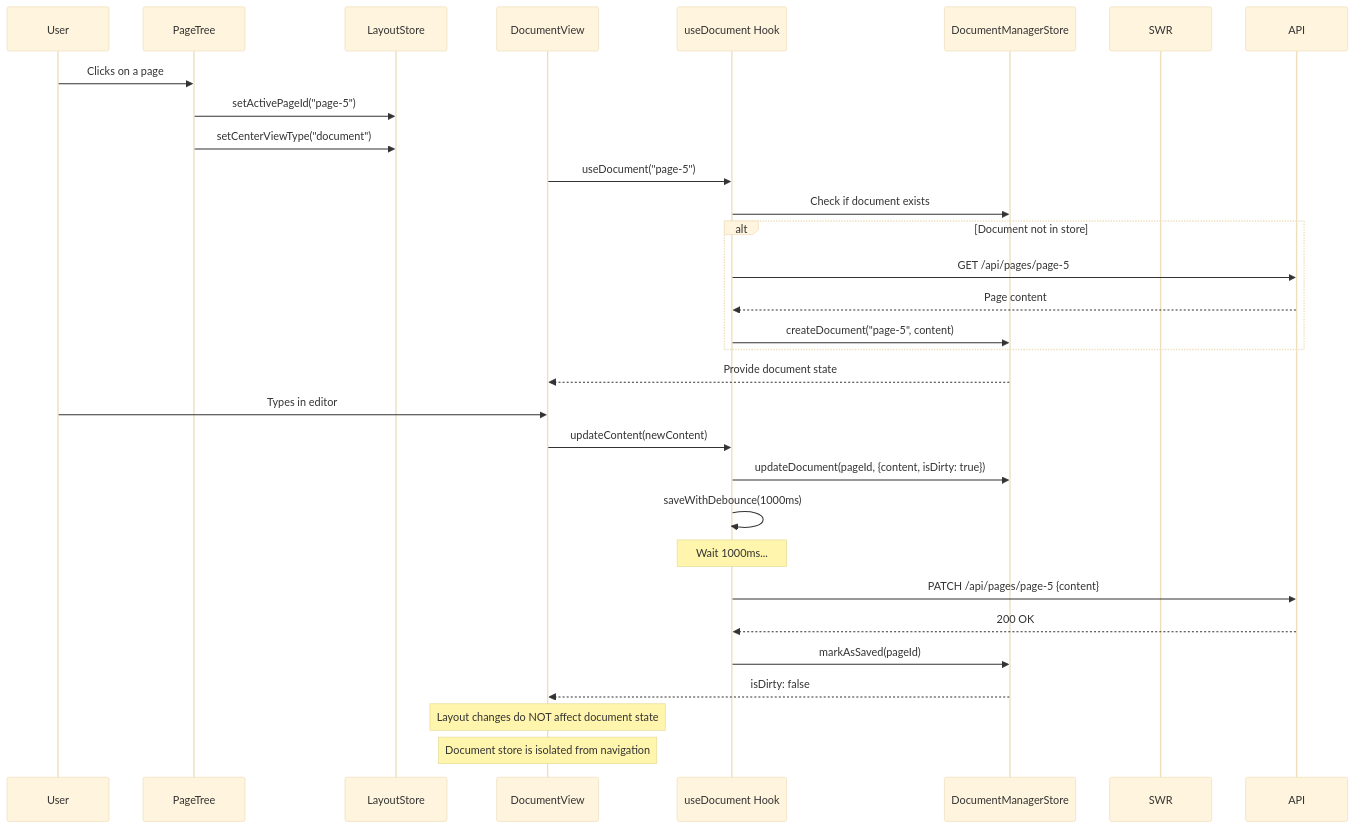
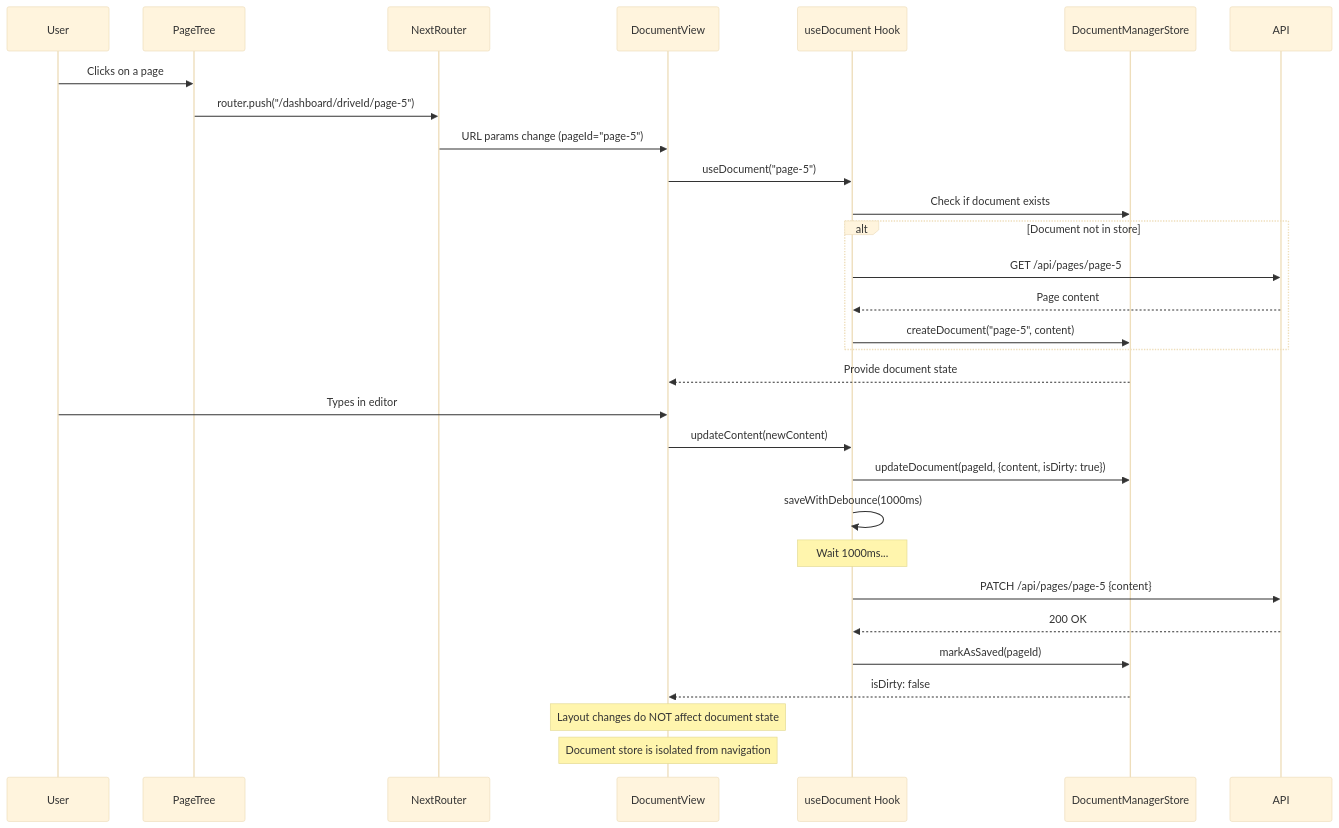
One commit to 2witstudios/PageSpace changed the diagram in docs/2.0-architecture/2.1-frontend/state-management.md. Above: the diagram before and after it, drawn with Mermaid (base theme). The commit also changed other lines of this file and 6 other files, not shown here.

````diff
--- a/docs/2.0-architecture/2.1-frontend/state-management.md
+++ b/docs/2.0-architecture/2.1-frontend/state-management.md
@@ -346,41 +349,40 @@
 ```mermaid
 sequenceDiagram
     participant User
     participant PageTree
-    participant LayoutStore
+    participant NextRouter
     participant DocumentView
     participant useDocument Hook
     participant DocumentManagerStore
-    participant SWR
     participant API
 
     User->>PageTree: Clicks on a page
-    PageTree->>LayoutStore: setActivePageId("page-5")
-    PageTree->>LayoutStore: setCenterViewType("document")
+    PageTree->>NextRouter: router.push("/dashboard/driveId/page-5")
+    NextRouter->>DocumentView: URL params change (pageId="page-5")
 
     DocumentView->>useDocument Hook: useDocument("page-5")
     useDocument Hook->>DocumentManagerStore: Check if document exists
 
     alt Document not in store
         useDocument Hook->>API: GET /api/pages/page-5
         API-->>useDocument Hook: Page content
         useDocument Hook->>DocumentManagerStore: createDocument("page-5", content)
     end
 
     DocumentManagerStore-->>DocumentView: Provide document state
 
     User->>DocumentView: Types in editor
     DocumentView->>useDocument Hook: updateContent(newContent)
     useDocument Hook->>DocumentManagerStore: updateDocument(pageId, {content, isDirty: true})
     useDocument Hook->>useDocument Hook: saveWithDebounce(1000ms)
 
     Note over useDocument Hook: Wait 1000ms...
 
     useDocument Hook->>API: PATCH /api/pages/page-5 {content}
     API-->>useDocument Hook: 200 OK
     useDocument Hook->>DocumentManagerStore: markAsSaved(pageId)
     DocumentManagerStore-->>DocumentView: isDirty: false
 
     Note over DocumentView: Layout changes do NOT affect document state
     Note over DocumentView: Document store is isolated from navigation
 ```
````
